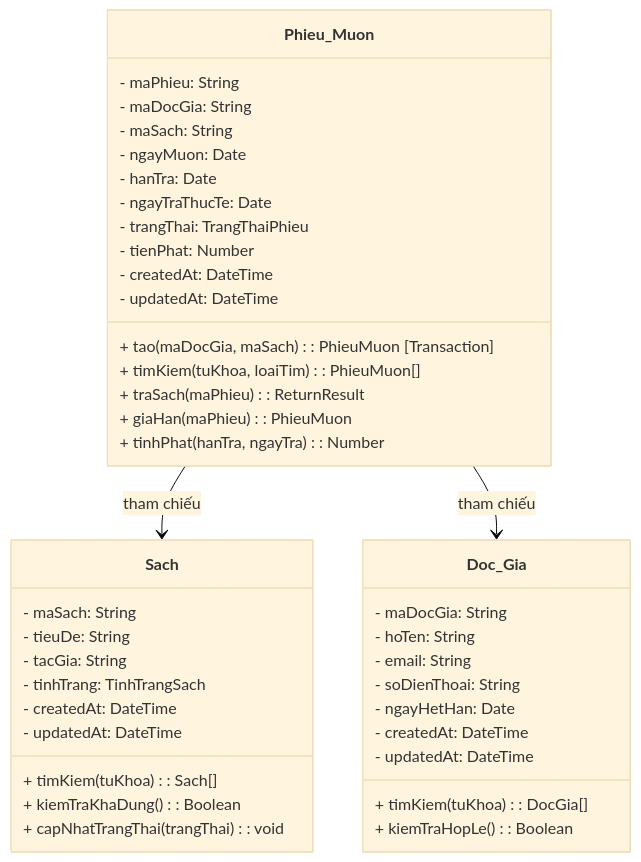
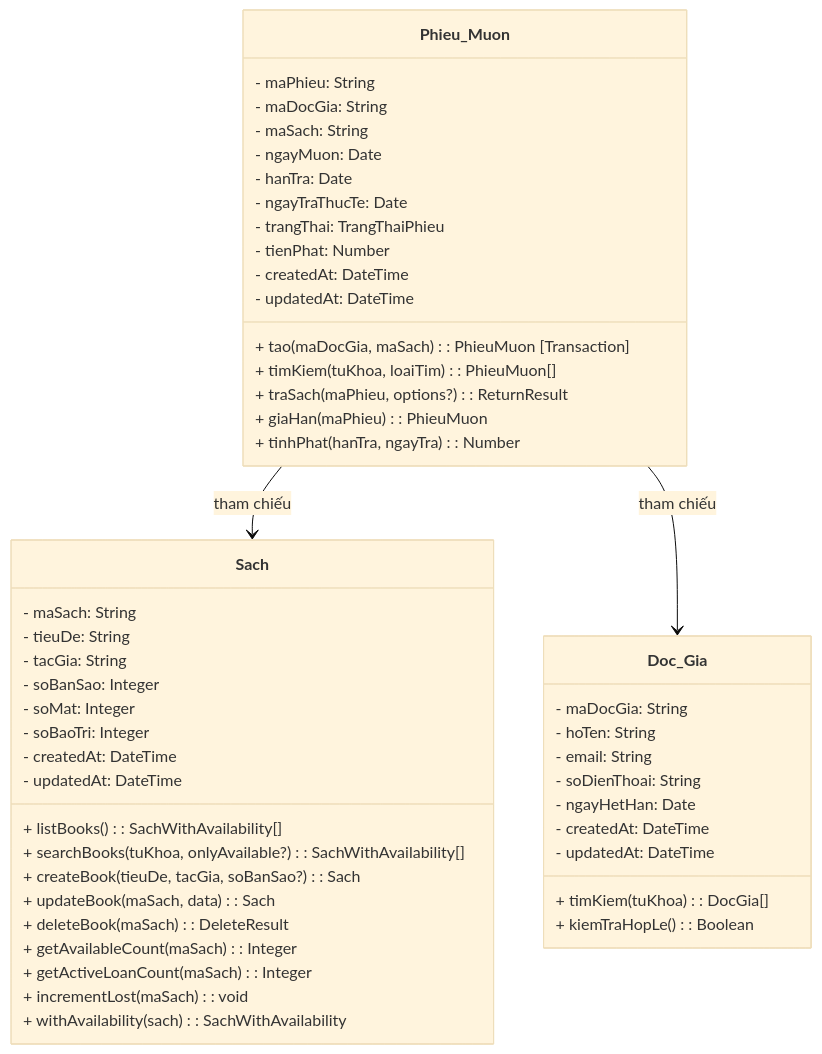
Before and after one commit to NPhamDoan/FULL_QLThuVien: diagram 11 of 15 in .kiro/document/BaoCao_3UC_Mermaid.md, drawn with Mermaid (base theme). The commit also changed other lines of this file and 37 other files, not shown here.

````diff
--- a/.kiro/document/BaoCao_3UC_Mermaid.md
+++ b/.kiro/document/BaoCao_3UC_Mermaid.md
@@ -276,44 +285,52 @@
 ```mermaid
 classDiagram
     class Sach {
         - maSach: String
         - tieuDe: String
         - tacGia: String
-        - tinhTrang: TinhTrangSach
+        - soBanSao: Integer
+        - soMat: Integer
+        - soBaoTri: Integer
         - createdAt: DateTime
         - updatedAt: DateTime
-        + timKiem(tuKhoa): Sach[]
-        + kiemTraKhaDung(): Boolean
-        + capNhatTrangThai(trangThai): void
+        + listBooks(): SachWithAvailability[]
+        + searchBooks(tuKhoa, onlyAvailable?): SachWithAvailability[]
+        + createBook(tieuDe, tacGia, soBanSao?): Sach
+        + updateBook(maSach, data): Sach
+        + deleteBook(maSach): DeleteResult
+        + getAvailableCount(maSach): Integer
+        + getActiveLoanCount(maSach): Integer
+        + incrementLost(maSach): void
+        + withAvailability(sach): SachWithAvailability
     }
     class Doc_Gia {
         - maDocGia: String
         - hoTen: String
         - email: String
         - soDienThoai: String
         - ngayHetHan: Date
         - createdAt: DateTime
         - updatedAt: DateTime
         + timKiem(tuKhoa): DocGia[]
         + kiemTraHopLe(): Boolean
     }
     class Phieu_Muon {
         - maPhieu: String
         - maDocGia: String
         - maSach: String
         - ngayMuon: Date
         - hanTra: Date
         - ngayTraThucTe: Date
         - trangThai: TrangThaiPhieu
         - tienPhat: Number
         - createdAt: DateTime
         - updatedAt: DateTime
         + tao(maDocGia, maSach): PhieuMuon [Transaction]
         + timKiem(tuKhoa, loaiTim): PhieuMuon[]
-        + traSach(maPhieu): ReturnResult
+        + traSach(maPhieu, options?): ReturnResult
         + giaHan(maPhieu): PhieuMuon
         + tinhPhat(hanTra, ngayTra): Number
     }
     Phieu_Muon --> Sach : tham chiếu
     Phieu_Muon --> Doc_Gia : tham chiếu
 ```
````
